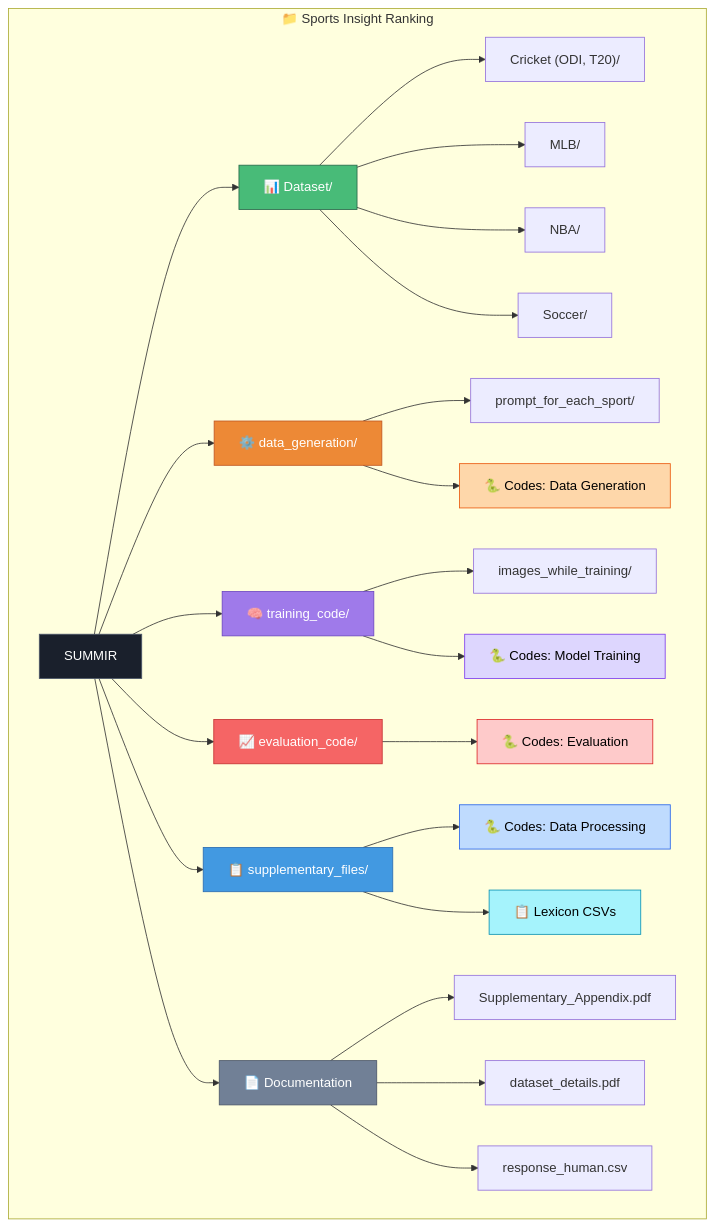
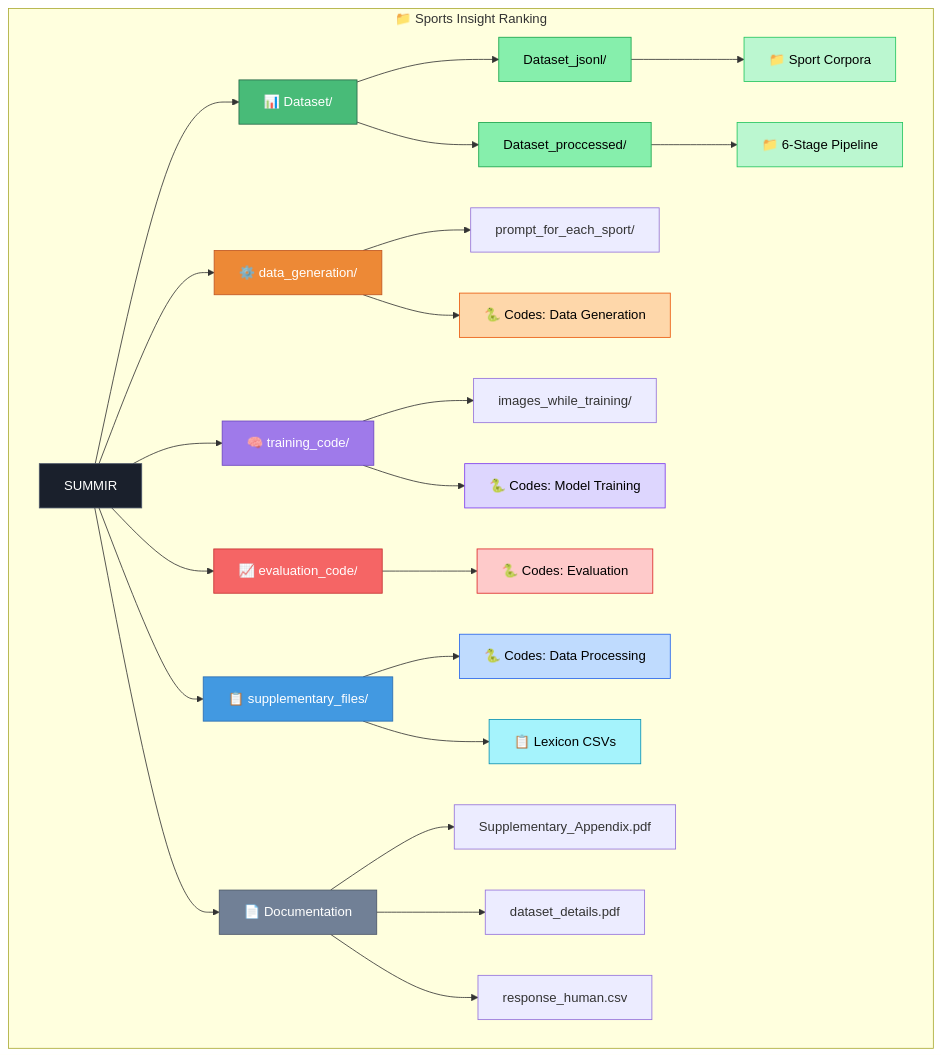
One commit to nitish-iitp/SUMMIR changed the diagram in README.md. Above: the diagram before and after it, drawn with Mermaid. The commit also changed 146414 other files, not shown here.

````diff
--- a/README.md
+++ b/README.md
@@ -37,52 +37,56 @@
 ```mermaid
 graph TD
     subgraph Root ["📁 Sports Insight Ranking"]
         ROOT["SUMMIR"]
         
         ROOT --> DS["📊 Dataset/"]
         ROOT --> DG["⚙️ data_generation/"]
         ROOT --> TC["🧠 training_code/"]
         ROOT --> EC["📈 evaluation_code/"]
         ROOT --> SF["📋 supplementary_files/"]
         ROOT --> DOCS["📄 Documentation"]
         
-        DS --> CRICKET["Cricket (ODI, T20)/"]
-        DS --> MLB["MLB/"]
-        DS --> NBA["NBA/"]
-        DS --> SOCCER["Soccer/"]
+        DS --> DS_JSONL["Dataset_jsonl/"]
+        DS --> DS_PROC["Dataset_proccessed/"]
+        DS_JSONL --> DS_SPORTS["📁 Sport Corpora"]
+        DS_PROC --> DS_PIPE["📁 6-Stage Pipeline"]
         
         DG --> PROMPTS["prompt_for_each_sport/"]
         DG --> DG_CODE["🐍 Codes: Data Generation"]
         
         TC --> IMAGES["images_while_training/"]
         TC --> TC_CODE["🐍 Codes: Model Training"]
         
         EC --> EC_CODE["🐍 Codes: Evaluation"]
         
         SF --> SF_CODE["🐍 Codes: Data Processing"]
         SF --> SF_DATA["📋 Lexicon CSVs"]
         
         DOCS --> PDF1["Supplementary_Appendix.pdf"]
         DOCS --> PDF2["dataset_details.pdf"]
         DOCS --> CSV["response_human.csv"]
     end
     
     click DS "Dataset/README.md"
     click DG "data_generation/README.md"
     click TC "training_code/README.md"
     click EC "evaluation_code/README.md"
     click SF "supplementary_files/README.md"
     
     style ROOT fill:#1a202c,stroke:#4a5568,color:#fff
     style DS fill:#48bb78,stroke:#276749,color:#fff
     style DG fill:#ed8936,stroke:#c05621,color:#fff
     style TC fill:#9f7aea,stroke:#6b46c1,color:#fff
     style EC fill:#f56565,stroke:#c53030,color:#fff
     style SF fill:#4299e1,stroke:#2b6cb0,color:#fff
     style DOCS fill:#718096,stroke:#4a5568,color:#fff
     style DG_CODE fill:#fed7aa,stroke:#ea580c,color:#000
     style TC_CODE fill:#ddd6fe,stroke:#7c3aed,color:#000
     style EC_CODE fill:#fecaca,stroke:#dc2626,color:#000
     style SF_CODE fill:#bfdbfe,stroke:#2563eb,color:#000
     style SF_DATA fill:#a5f3fc,stroke:#0891b2,color:#000
+    style DS_JSONL fill:#86efac,stroke:#16a34a,color:#000
+    style DS_PROC fill:#86efac,stroke:#16a34a,color:#000
+    style DS_SPORTS fill:#bbf7d0,stroke:#22c55e,color:#000
+    style DS_PIPE fill:#bbf7d0,stroke:#22c55e,color:#000
 ```
````
